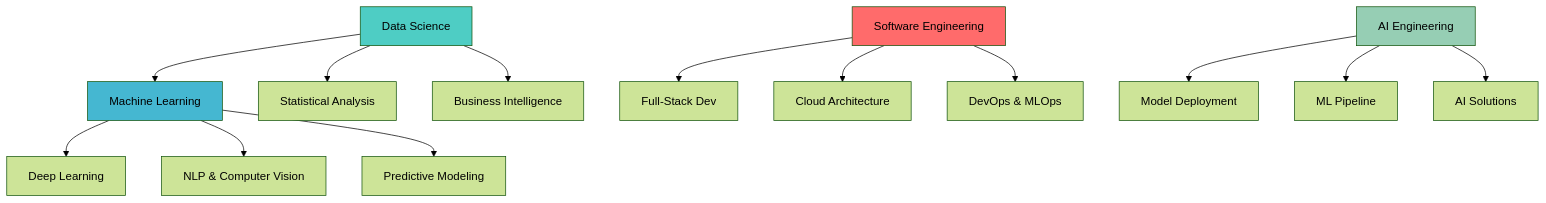
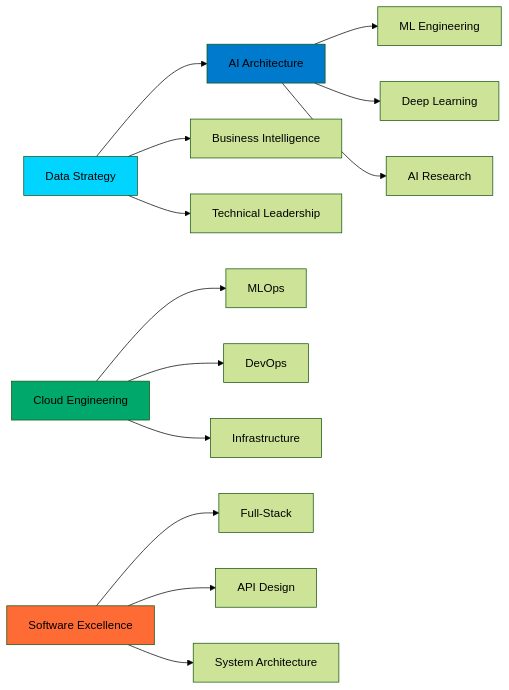
Before and after one commit to FestusMatsitsa/FestusMatsitsa: the second of 2 diagrams in README.md, drawn with Mermaid (forest theme). The commit also changed other lines of this file, not shown here.

````diff
--- a/README.md
+++ b/README.md
@@ -304,23 +301,23 @@
 ```mermaid
-graph TB
-    A[Data Science] --> B[Machine Learning]
-    A --> C[Statistical Analysis]
-    A --> D[Business Intelligence]
+graph LR
+    A[Data Strategy] --> B[AI Architecture]
+    A --> C[Business Intelligence]
+    A --> D[Technical Leadership]
     
-    B --> E[Deep Learning]
-    B --> F[NLP & Computer Vision]
-    B --> G[Predictive Modeling]
+    B --> E[ML Engineering]
+    B --> F[Deep Learning]
+    B --> G[AI Research]
     
-    H[Software Engineering] --> I[Full-Stack Dev]
-    H --> J[Cloud Architecture]
-    H --> K[DevOps & MLOps]
+    H[Cloud Engineering] --> I[MLOps]
+    H --> J[DevOps]
+    H --> K[Infrastructure]
     
-    L[AI Engineering] --> M[Model Deployment]
-    L --> N[ML Pipeline]
-    L --> O[AI Solutions]
+    L[Software Excellence] --> M[Full-Stack]
+    L --> N[API Design]
+    L --> O[System Architecture]
     
-    style A fill:#4ECDC4
-    style B fill:#45B7D1
-    style H fill:#FF6B6B
-    style L fill:#96CEB4
+    style A fill:#00D4FF
+    style B fill:#007ACC
+    style H fill:#00A86B
+    style L fill:#FF6B35
 ```
````
